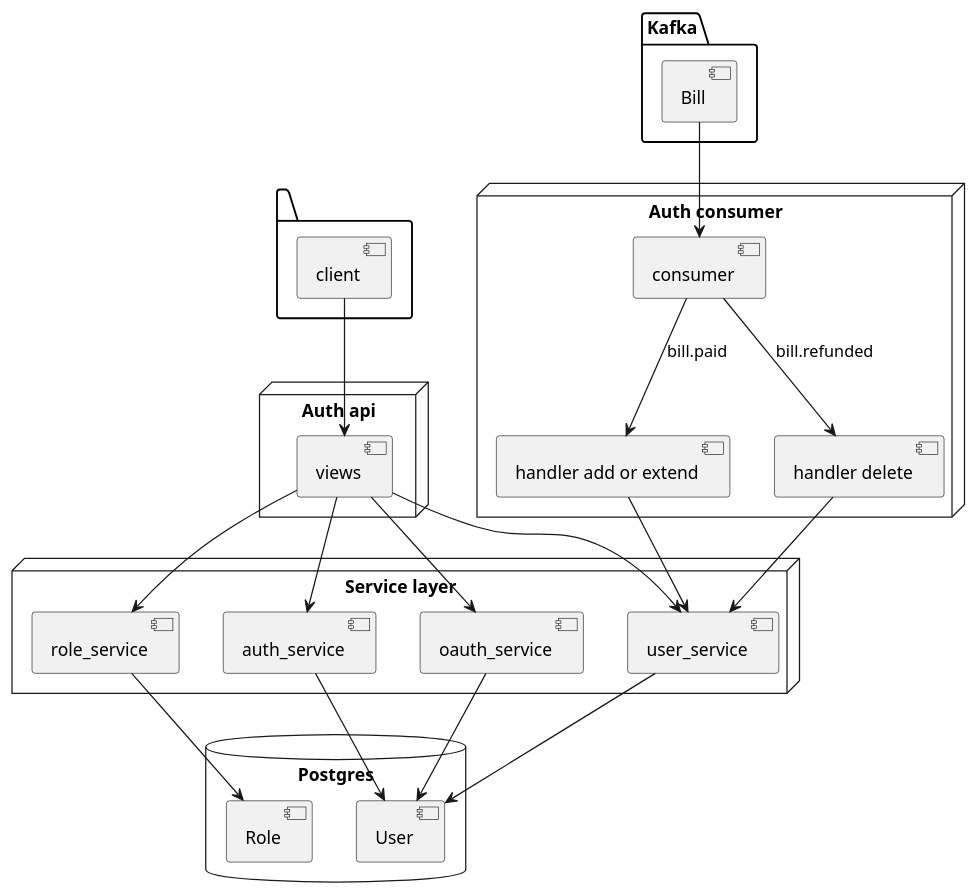
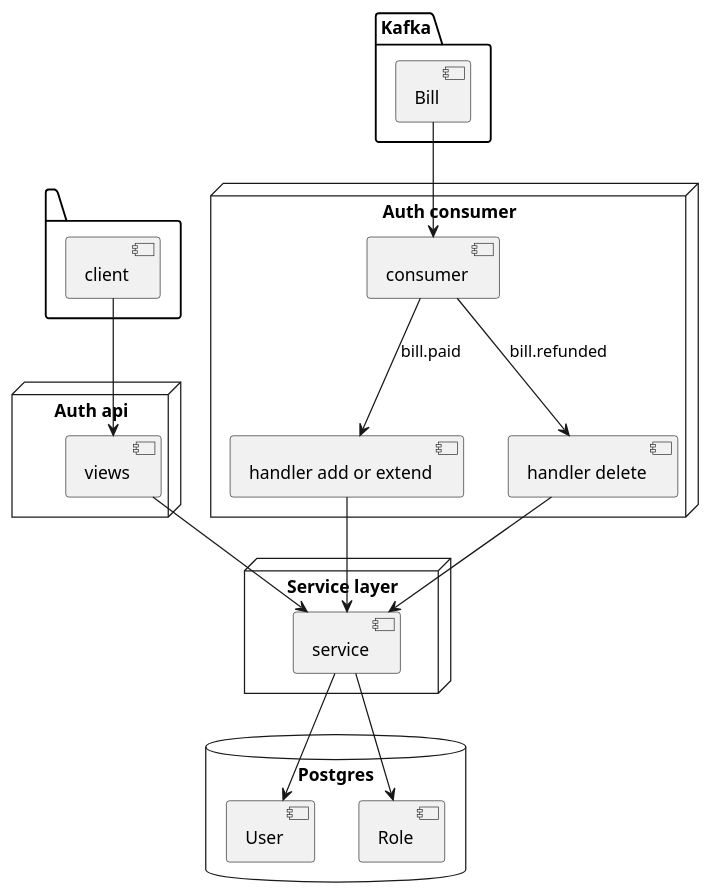
Before and after one commit to TreOne/Billing-Graduate-Work: the diagram in docs/auth/auth.puml, drawn with PlantUML. The commit also changed 1 other file, not shown here.

Commit message:
Диаграммы сервиса авторизации

```diff
--- a/docs/auth/auth.puml
+++ b/docs/auth/auth.puml
@@ -1,40 +1,33 @@
 @startuml
 
 package " " {
 [client]
 }
 
 node "Auth api" {
 [views]
 [client] --> [views]
 }
 package "Kafka" {
   [Bill]
 }
 
 node "Auth consumer" {
   Bill --> [consumer]
   [consumer] --> [handler add or extend] :bill.paid
   [consumer] --> [handler delete] :bill.refunded
 }
 
 node "Service layer" {
-  [role_service]
-  [auth_service]
-  [oauth_service]
-  [handler add or extend] --> [user_service]
-  [handler delete] --> [user_service]
-  [views] --> [user_service]
-  [views] --> [role_service]
-  [views] --> [auth_service]
-  [views] --> [oauth_service]
+  [service]
+  [handler add or extend] --> [service]
+  [handler delete] --> [service]
+  [views] --> [service]
 }
 
 database "Postgres" {
-    [user_service] --> [User]
-    [role_service] --> [Role]
-    [auth_service] --> [User]
-    [oauth_service] --> [User]
+    [service] --> [User]
+    [service] --> [Role]
 }
 
 @enduml
```
